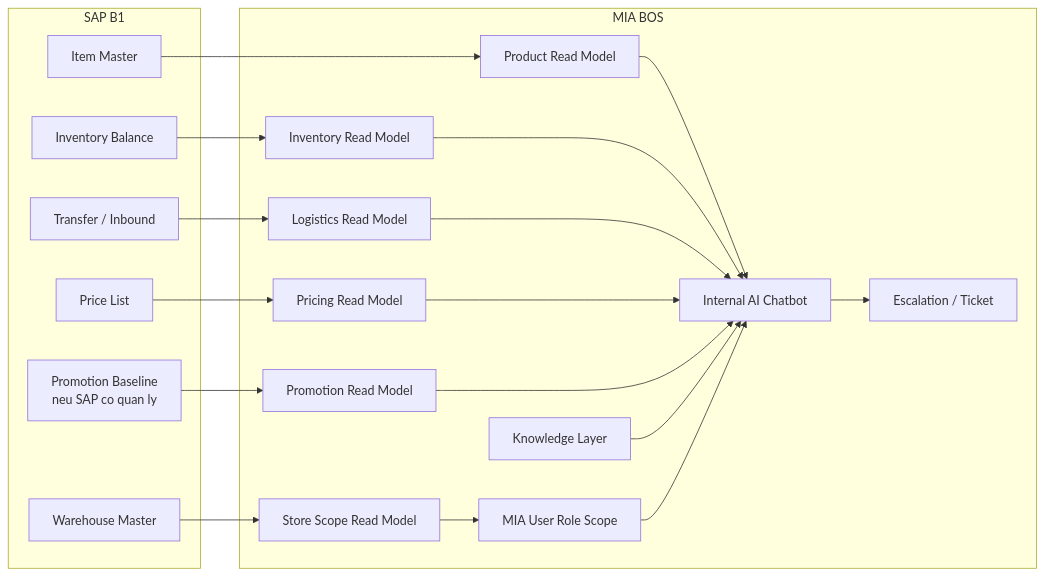
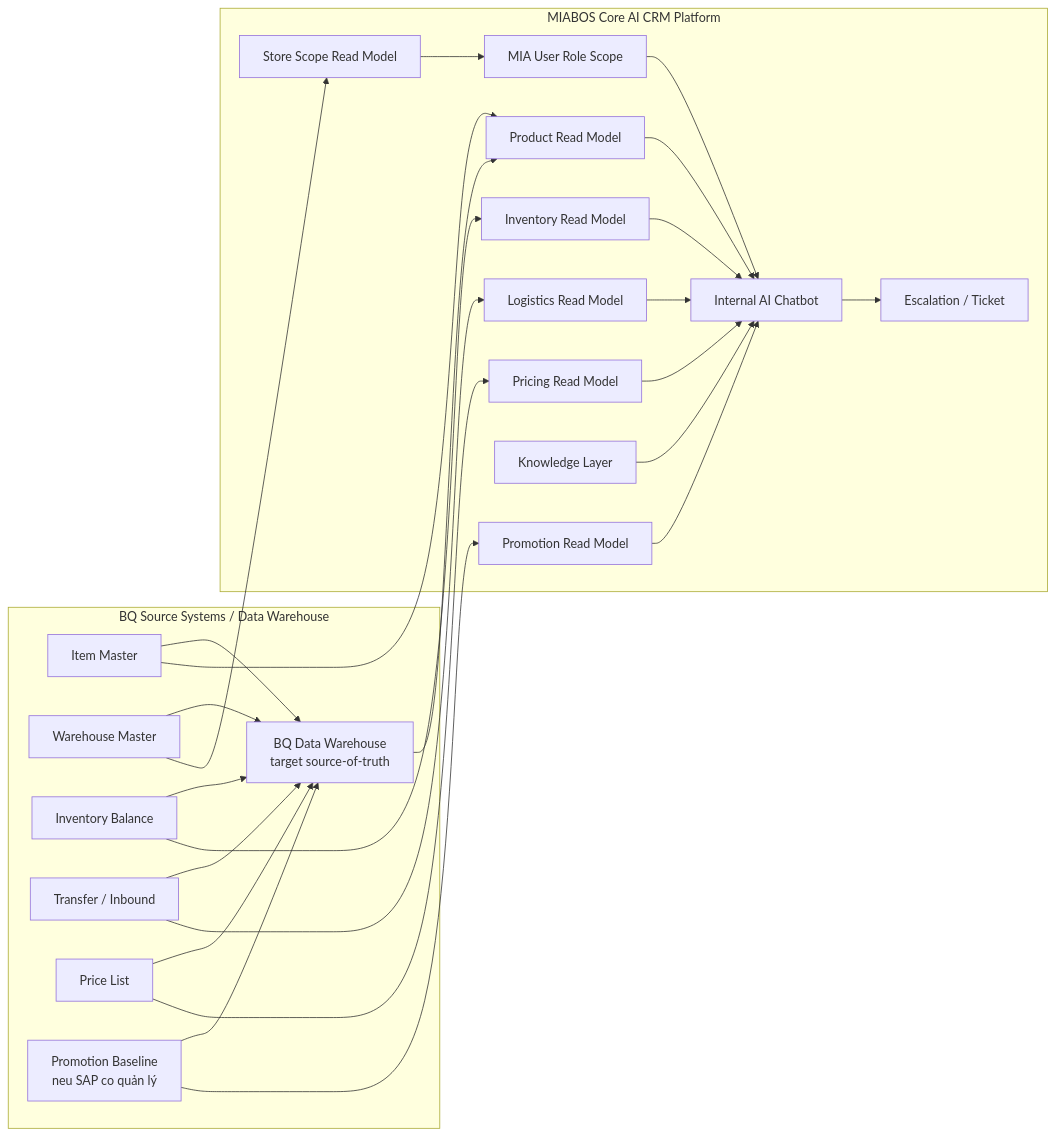
Before and after one commit to alextran8320/mia-bq-enterprise: the diagram in 01_Projects/MIABOS/Analysis/Features/Briefs/SAP_B1_Internal_Chatbot_Integration_POC.md, drawn with Mermaid. The commit also changed other lines of this file and 57 other files, not shown here.

````diff
--- a/01_Projects/MIABOS/Analysis/Features/Briefs/SAP_B1_Internal_Chatbot_Integration_POC.md
+++ b/01_Projects/MIABOS/Analysis/Features/Briefs/SAP_B1_Internal_Chatbot_Integration_POC.md
@@ -297,41 +305,49 @@
 ```mermaid
 graph LR
-    subgraph SAP["SAP B1"]
+    subgraph BQ["BQ Source Systems / Data Warehouse"]
         SAP1[Item Master]
         SAP2[Warehouse Master]
         SAP3[Inventory Balance]
         SAP4[Transfer / Inbound]
         SAP5[Price List]
-        SAP6[Promotion Baseline<br/>neu SAP co quan ly]
+        SAP6[Promotion Baseline<br/>neu SAP co quản lý]
+        DWH[BQ Data Warehouse<br/>target source-of-truth]
     end
 
-    subgraph MIA["MIA BOS"]
+    subgraph MIA["MIABOS Core AI CRM Platform"]
         M1[Product Read Model]
         M2[Store Scope Read Model]
         M3[Inventory Read Model]
         M4[Logistics Read Model]
         M5[Pricing Read Model]
         M6[Promotion Read Model]
         M7[Knowledge Layer]
         M8[MIA User Role Scope]
         M9[Internal AI Chatbot]
         M10[Escalation / Ticket]
     end
 
+    SAP1 --> DWH
+    SAP2 --> DWH
+    SAP3 --> DWH
+    SAP4 --> DWH
+    SAP5 --> DWH
+    SAP6 --> DWH
+    DWH --> M1
     SAP1 --> M1
     SAP2 --> M2
     SAP3 --> M3
     SAP4 --> M4
     SAP5 --> M5
     SAP6 --> M6
 
     M1 --> M9
     M2 --> M8
     M3 --> M9
     M4 --> M9
     M5 --> M9
     M6 --> M9
     M7 --> M9
     M8 --> M9
     M9 --> M10
 ```
````
